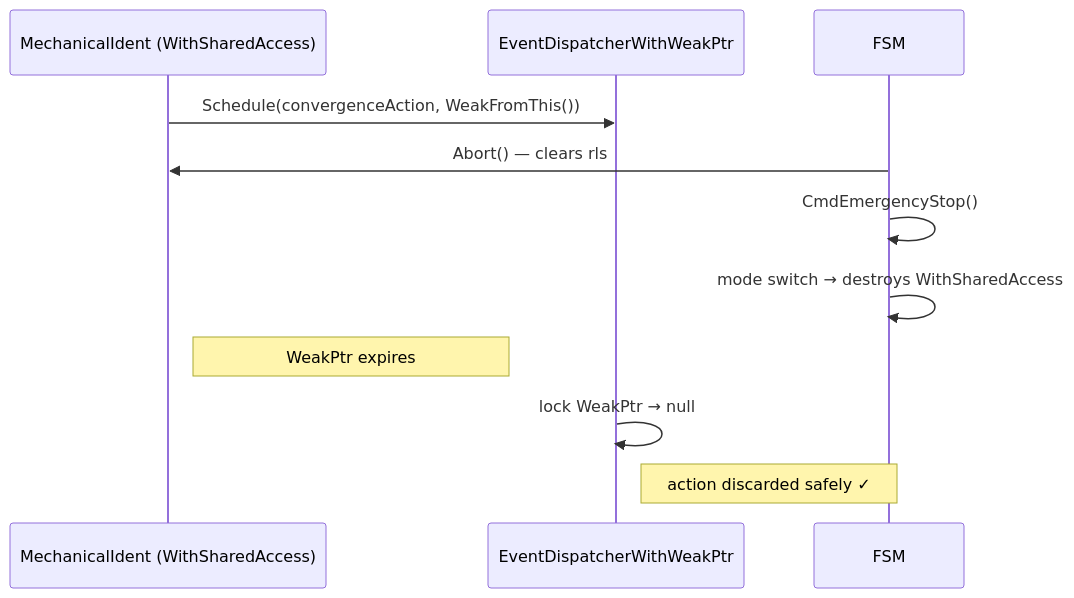
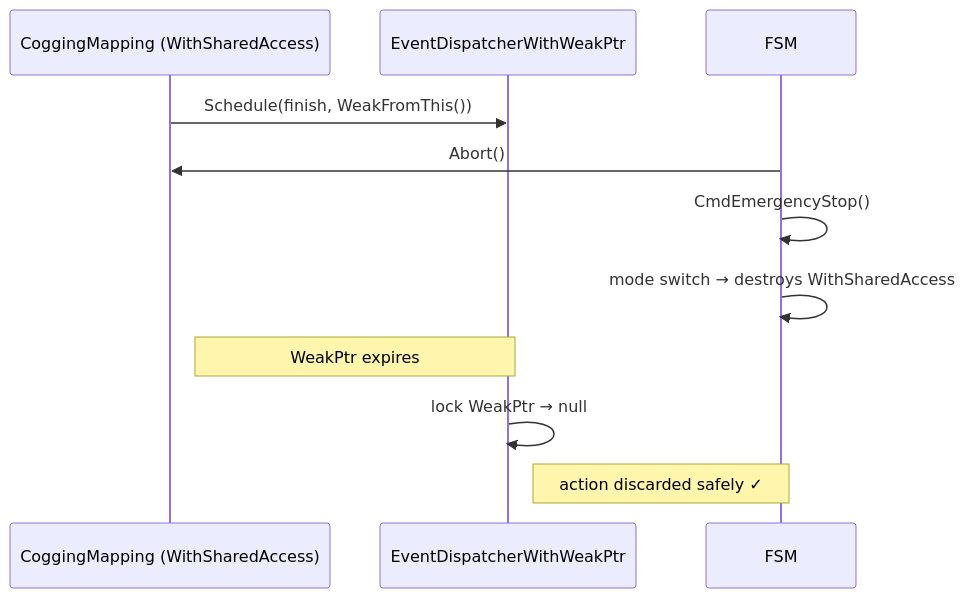
Before and after one commit to embedded-pro/e-foc: the sixth of 6 diagrams in documentation/design/async-callback-lifetime.md, drawn with Mermaid. The commit also changed 49 other files, not shown here.

````diff
--- a/documentation/design/async-callback-lifetime.md
+++ b/documentation/design/async-callback-lifetime.md
@@ -188,14 +188,14 @@
 ```mermaid
 sequenceDiagram
-    participant Ident as MechanicalIdent (WithSharedAccess)
+    participant Mapping as CoggingMapping (WithSharedAccess)
     participant ED as EventDispatcherWithWeakPtr
     participant FSM
 
-    Ident->>ED: Schedule(convergenceAction, WeakFromThis())
-    FSM->>Ident: Abort() — clears rls
+    Mapping->>ED: Schedule(finish, WeakFromThis())
+    FSM->>Mapping: Abort()
     FSM->>FSM: CmdEmergencyStop()
     FSM->>FSM: mode switch → destroys WithSharedAccess
-    Note right of Ident: WeakPtr expires
+    Note right of Mapping: WeakPtr expires
     ED->>ED: lock WeakPtr → null
     Note right of ED: action discarded safely ✓
 ```
````
